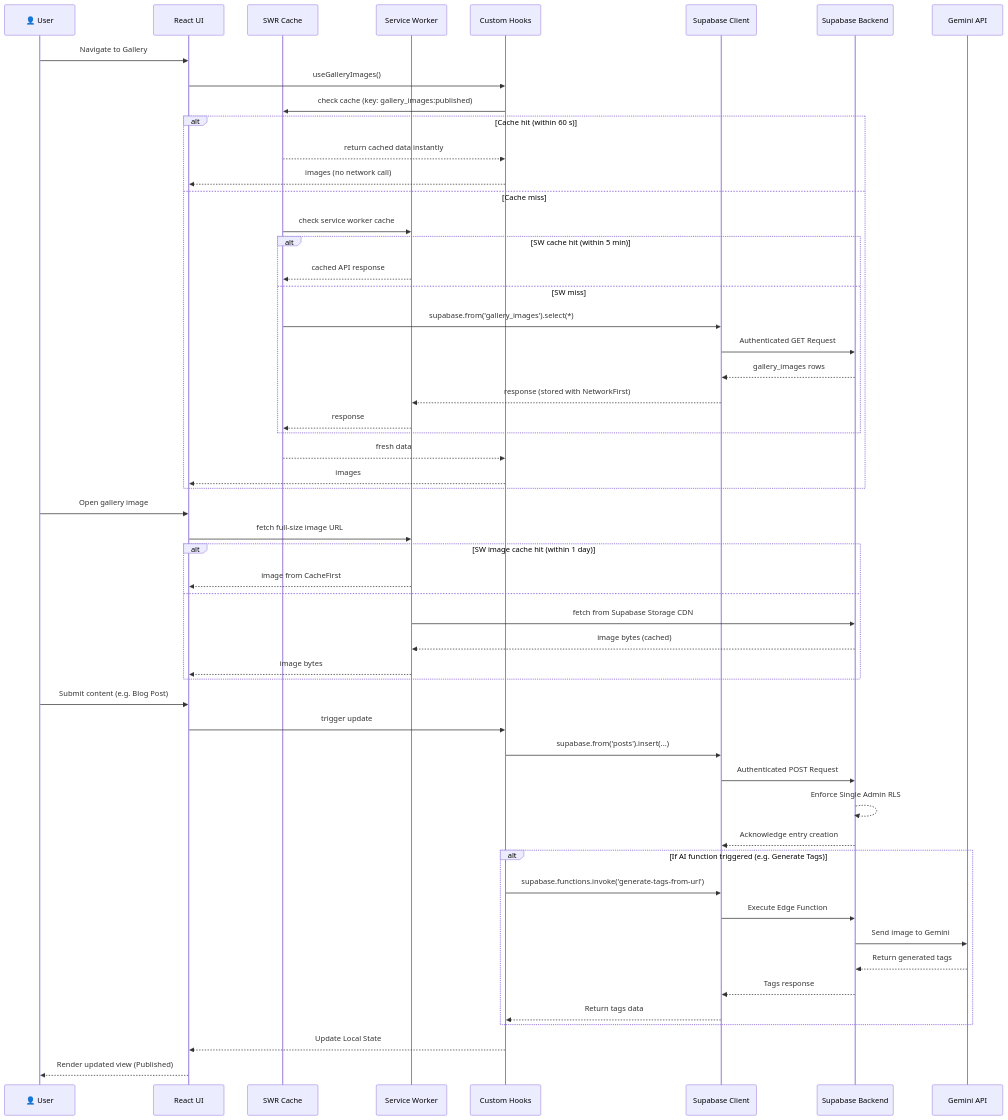
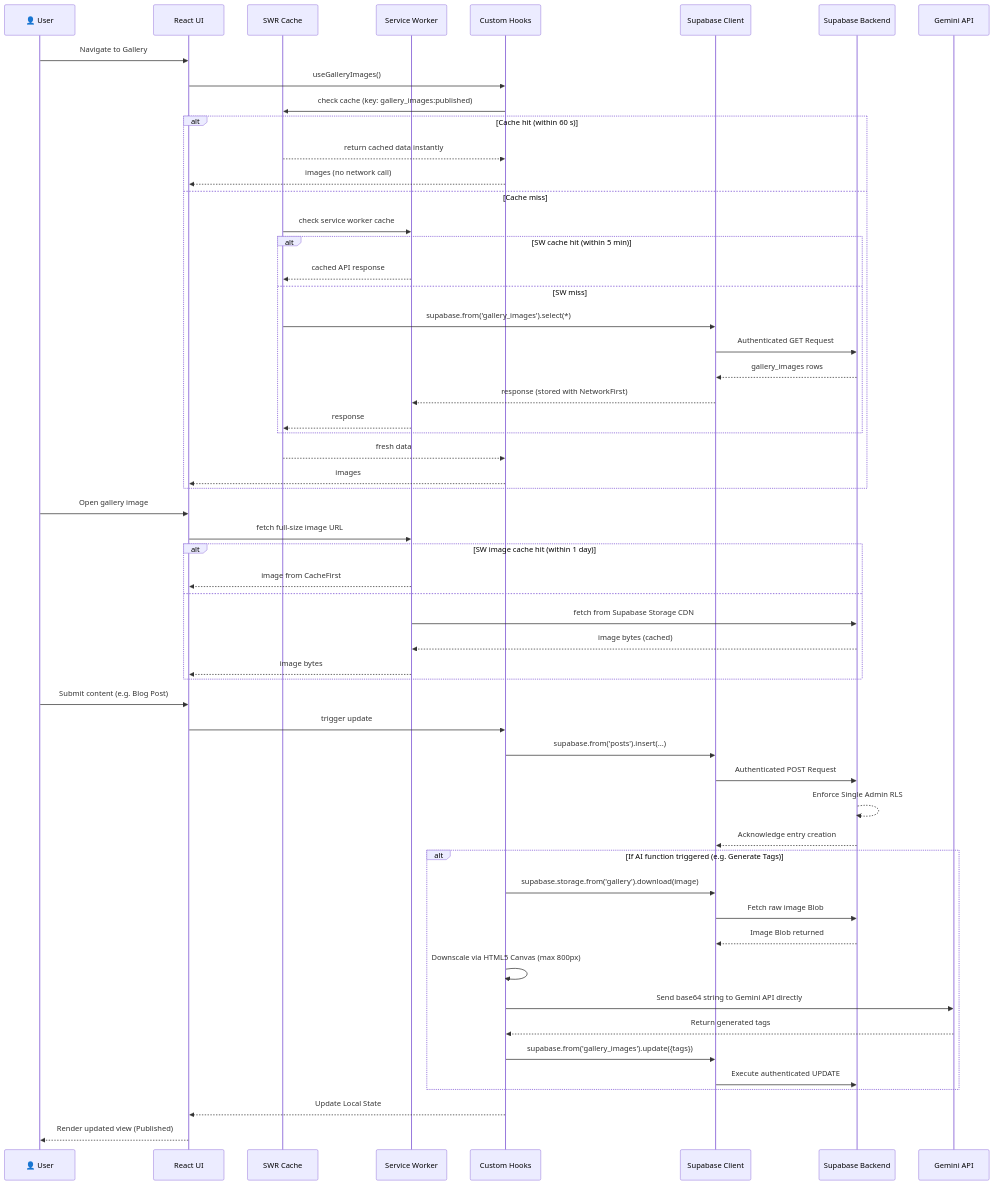
One commit to nrajesh/dew-drops changed the second of 2 diagrams in documentation/ARCHITECTURE.md. Above: the diagram before and after it, drawn with Mermaid. The commit also changed 8 other files, not shown here.

Commit message:
chore: remove edge function for tag generation and convert to local canvas approach

````diff
--- a/documentation/ARCHITECTURE.md
+++ b/documentation/ARCHITECTURE.md
@@ -85,61 +85,63 @@
 ```mermaid
 sequenceDiagram
     participant U as 👤 User
     participant UI as React UI
     participant SWR as SWR Cache
     participant SW as Service Worker
     participant Hook as Custom Hooks
     participant SBC as Supabase Client
     participant API as Supabase Backend
     participant AI as Gemini API
 
     U->>UI: Navigate to Gallery
     UI->>Hook: useGalleryImages()
     Hook->>SWR: check cache (key: gallery_images:published)
     alt Cache hit (within 60 s)
         SWR-->>Hook: return cached data instantly
         Hook-->>UI: images (no network call)
     else Cache miss
         SWR->>SW: check service worker cache
         alt SW cache hit (within 5 min)
             SW-->>SWR: cached API response
         else SW miss
             SWR->>SBC: supabase.from('gallery_images').select(*)
             SBC->>API: Authenticated GET Request
             API-->>SBC: gallery_images rows
             SBC-->>SW: response (stored with NetworkFirst)
             SW-->>SWR: response
         end
         SWR-->>Hook: fresh data
         Hook-->>UI: images
     end
 
     U->>UI: Open gallery image
     UI->>SW: fetch full-size image URL
     alt SW image cache hit (within 1 day)
         SW-->>UI: image from CacheFirst
     else
         SW->>API: fetch from Supabase Storage CDN
         API-->>SW: image bytes (cached)
         SW-->>UI: image bytes
     end
 
     U->>UI: Submit content (e.g. Blog Post)
     UI->>Hook: trigger update
     Hook->>SBC: supabase.from('posts').insert(...)
     SBC->>API: Authenticated POST Request
     API-->>API: Enforce Single Admin RLS
     API-->>SBC: Acknowledge entry creation
     
     alt If AI function triggered (e.g. Generate Tags)
-        Hook->>SBC: supabase.functions.invoke('generate-tags-from-url')
-        SBC->>API: Execute Edge Function
-        API->>AI: Send image to Gemini
-        AI-->>API: Return generated tags
-        API-->>SBC: Tags response
-        SBC-->>Hook: Return tags data
+        Hook->>SBC: supabase.storage.from('gallery').download(image)
+        SBC->>API: Fetch raw image Blob
+        API-->>SBC: Image Blob returned
+        Hook->>Hook: Downscale via HTML5 Canvas (max 800px)
+        Hook->>AI: Send base64 string to Gemini API directly
+        AI-->>Hook: Return generated tags
+        Hook->>SBC: supabase.from('gallery_images').update({tags})
+        SBC->>API: Execute authenticated UPDATE
     end
     
     Hook-->>UI: Update Local State
     UI-->>U: Render updated view (Published)
 ```
````
